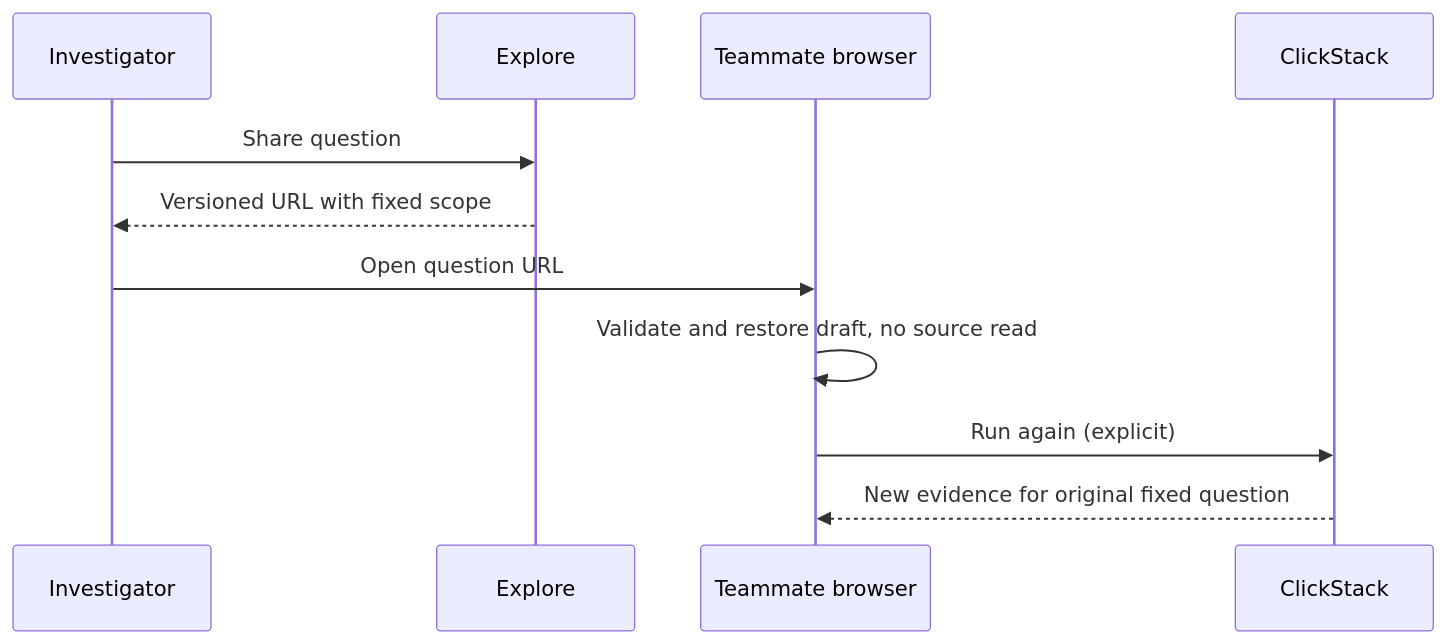
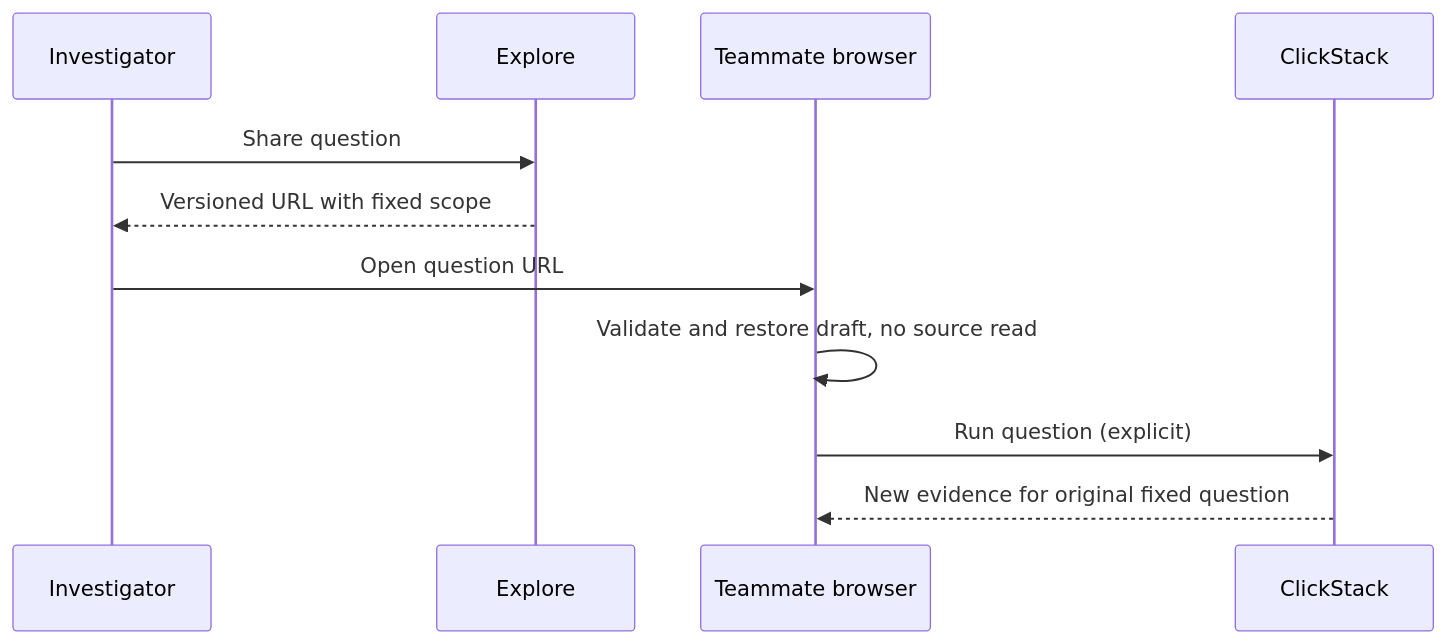
One commit to casselc/goo changed the diagram in docs/QUESTION_LINKS.md. Above: the diagram before and after it, drawn with Mermaid. The commit also changed other lines of this file and 34 other files, not shown here.

````diff
--- a/docs/QUESTION_LINKS.md
+++ b/docs/QUESTION_LINKS.md
@@ -17,13 +17,13 @@
 ```mermaid
 sequenceDiagram
     participant A as Investigator
     participant UI as Explore
     participant B as Teammate browser
     participant CH as ClickStack
     A->>UI: Share question
     UI-->>A: Versioned URL with fixed scope
     A->>B: Open question URL
     B->>B: Validate and restore draft, no source read
-    B->>CH: Run again (explicit)
+    B->>CH: Run question (explicit)
     CH-->>B: New evidence for original fixed question
 ```
````
